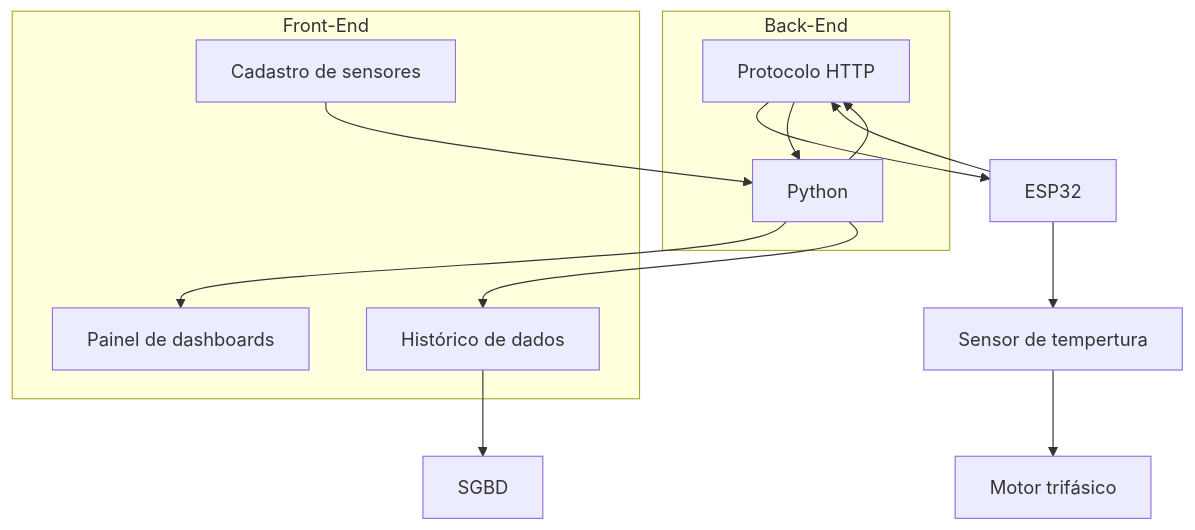
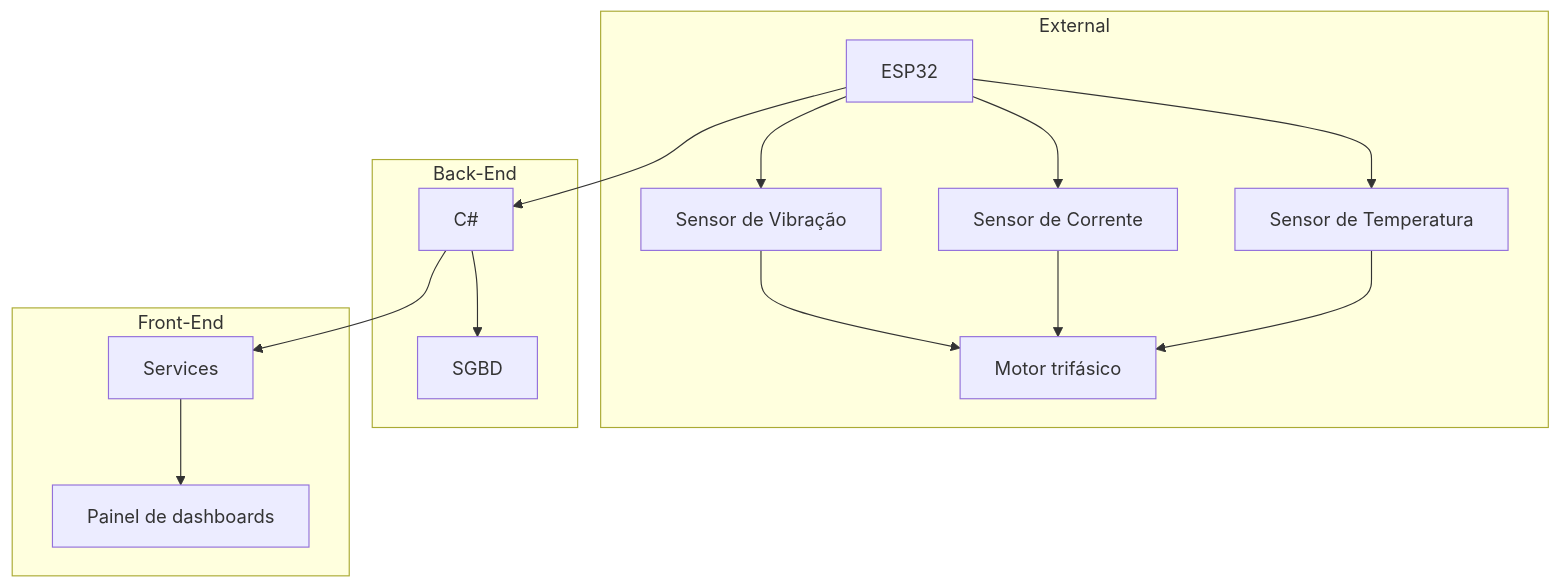
One commit to KaBum-IOT/IOT_Pump_Monitoring changed the second of 2 diagrams in PRD - Projeto Integrador.md. Above: the diagram before and after it, drawn with Mermaid. The commit also changed other lines of this file, not shown here.

Commit message:
docs: update prd

````diff
--- a/PRD - Projeto Integrador.md
+++ b/PRD - Projeto Integrador.md
@@ -73,25 +82,21 @@
 ```mermaid
     graph TB
-        A[Motor trifásico]
-        B[Sensor de tempertura]
-        C[Protocolo HTTP]
-        D[ESP32]
-        B --> A
-        D --> B
-        D --> C
-        C --> D
-        subgraph Back-End
-        E[Python]
-        E --> C
-        C --> E
-        end
-        E --> F
-        H --> E
-        subgraph Front-End
-        F[Painel de dashboards]
-        H[Cadastro de sensores]
-        I[Histórico de dados]
-        end
-        I --> J[SGBD]
-        E --> I
+    subgraph External
+    A[Motor trifásico]
+    B[Sensor de Temperatura]
+    D[ESP32]
+    D --> K[Sensor de Vibração] --> A
+    D --> T[Sensor de Corrente] --> A
+    B --> A
+    D --> B
+    end
+    subgraph Back-End
+        E --> J[SGBD]
+        D --> E[C#]
+    end
+    E --> C[Services]
+    subgraph Front-End
+        
+       C[Services] --> F[Painel de dashboards]
+    end
 ```
````
